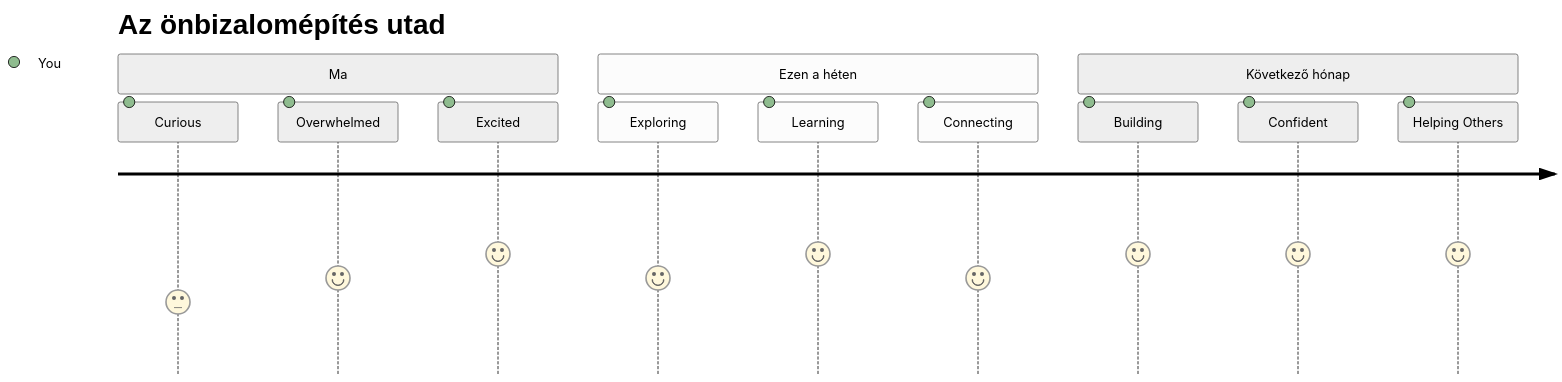
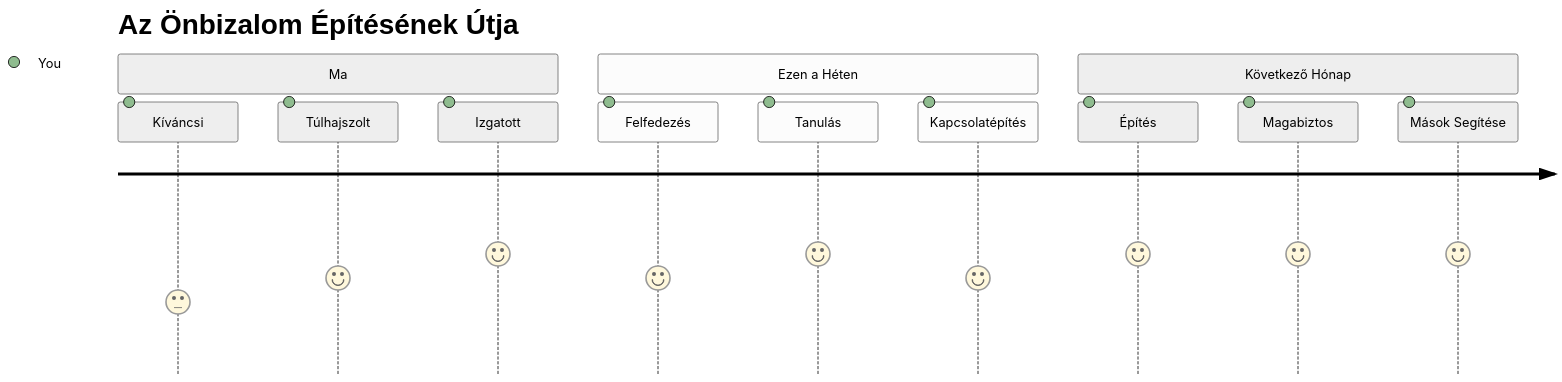
Before and after one commit to microsoft/Web-Dev-For-Beginners: the seventh of 7 diagrams in translations/hu/1-getting-started-lessons/1-intro-to-programming-languages/README.md, drawn with Mermaid (neutral theme). The commit also changed other lines of this file and 11 other files, not shown here.

````diff
--- a/translations/hu/1-getting-started-lessons/1-intro-to-programming-languages/README.md
+++ b/translations/hu/1-getting-started-lessons/1-intro-to-programming-languages/README.md
@@ -832,16 +833,16 @@
 ```mermaid
 journey
-    title Az önbizalomépítés utad
+    title Az Önbizalom Építésének Útja
     section Ma
-      Curious: 3: You
-      Overwhelmed: 4: You
-      Excited: 5: You
-    section Ezen a héten
-      Exploring: 4: You
-      Learning: 5: You
-      Connecting: 4: You
-    section Következő hónap
-      Building: 5: You
-      Confident: 5: You
-      Helping Others: 5: You
+      Kíváncsi: 3: You
+      Túlhajszolt: 4: You
+      Izgatott: 5: You
+    section Ezen a Héten
+      Felfedezés: 4: You
+      Tanulás: 5: You
+      Kapcsolatépítés: 4: You
+    section Következő Hónap
+      Építés: 5: You
+      Magabiztos: 5: You
+      Mások Segítése: 5: You
 ```
````
